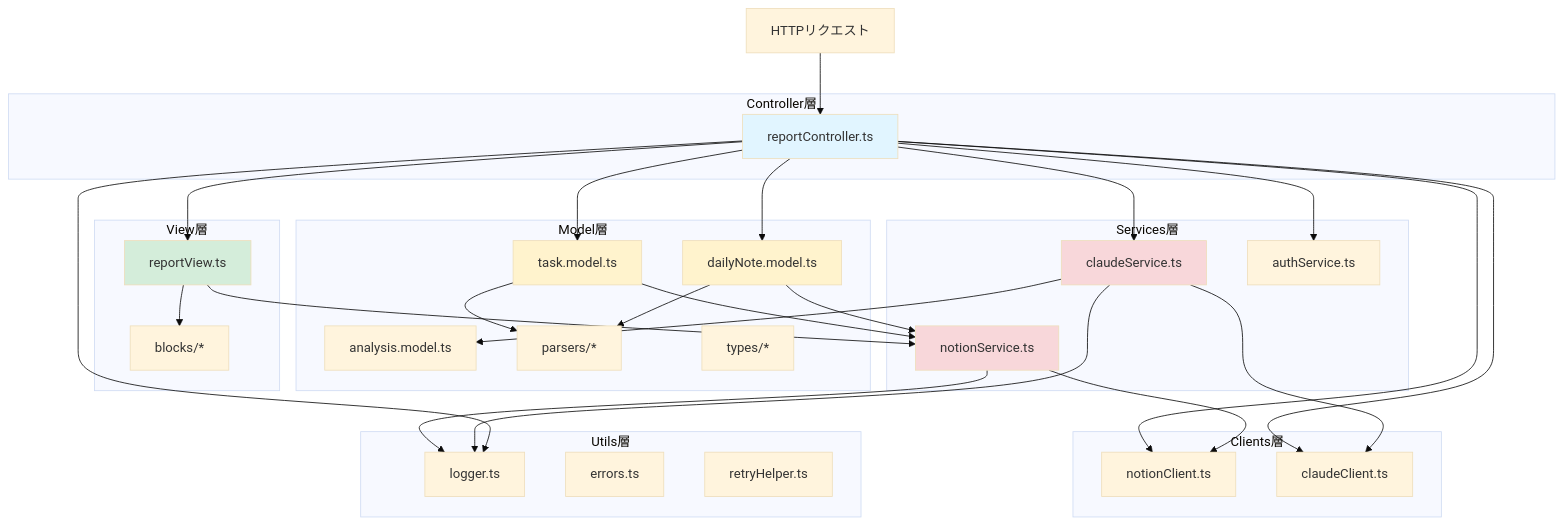
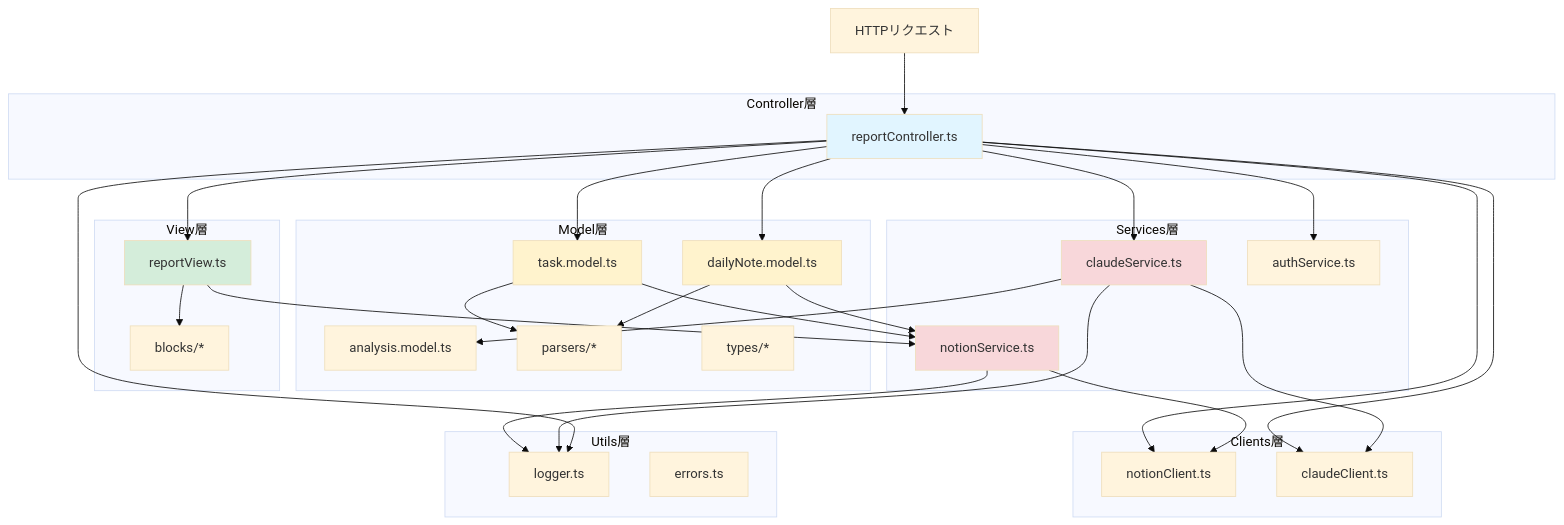
The first of 2 diagrams in docs/structure.md (matsushun1/task-analyzer), drawn with Mermaid (base theme) before and after one commit. The commit also changed other lines of this file and 1 other file, not shown here.

````diff
--- a/docs/structure.md
+++ b/docs/structure.md
@@ -46,66 +46,65 @@
 ```mermaid
 graph TB
     subgraph "Controller層"
         Controller[reportController.ts]
     end
 
     subgraph "Model層"
         TaskModel[task.model.ts]
         NoteModel[dailyNote.model.ts]
         AnalysisModel[analysis.model.ts]
         Parsers[parsers/*]
         Types[types/*]
     end
 
     subgraph "View層"
         ReportView[reportView.ts]
         Blocks[blocks/*]
     end
 
     subgraph "Services層"
         NotionService[notionService.ts]
         ClaudeService[claudeService.ts]
         AuthService[authService.ts]
     end
 
     subgraph "Clients層"
         NotionClient[notionClient.ts]
         ClaudeClient[claudeClient.ts]
     end
 
     subgraph "Utils層"
         Logger[logger.ts]
         Errors[errors.ts]
-        RetryHelper[retryHelper.ts]
     end
 
     Request[HTTPリクエスト] --> Controller
     Controller --> AuthService
     Controller --> TaskModel
     Controller --> NoteModel
     TaskModel --> Parsers
     NoteModel --> Parsers
     TaskModel --> NotionService
     NoteModel --> NotionService
     Controller --> ClaudeService
     ClaudeService --> AnalysisModel
     Controller --> ReportView
     ReportView --> Blocks
     ReportView --> NotionService
 
     Controller --> NotionClient
     Controller --> ClaudeClient
     NotionService --> NotionClient
     ClaudeService --> ClaudeClient
 
     NotionService --> Logger
     ClaudeService --> Logger
     Controller --> Logger
 
     style Controller fill:#e1f5ff
     style TaskModel fill:#fff3cd
     style NoteModel fill:#fff3cd
     style ReportView fill:#d4edda
     style NotionService fill:#f8d7da
     style ClaudeService fill:#f8d7da
 ```
````
